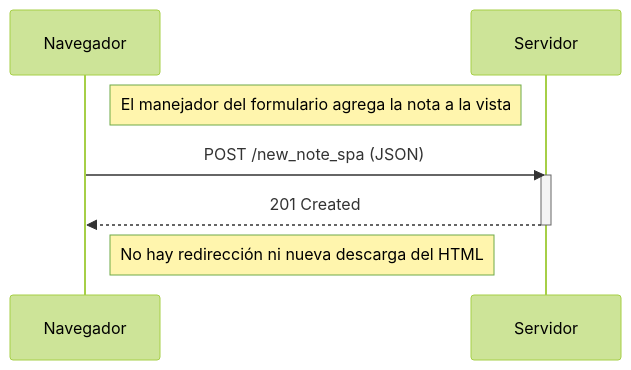
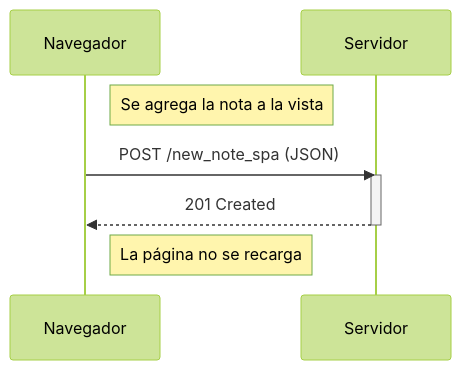
The third of 3 diagrams in part0/README.md (facchinn/full-stack-open), drawn with Mermaid (forest theme) before and after one commit. The commit also changed other lines of this file, not shown here.

````diff
--- a/part0/README.md
+++ b/part0/README.md
@@ -44,11 +58,13 @@
 ```mermaid
 sequenceDiagram
     participant browser as Navegador
     participant server as Servidor
-    Note right of browser: El manejador del formulario agrega la nota a la vista
+
+    Note right of browser: Se agrega la nota a la vista
     browser->>server: POST /new_note_spa (JSON)
     activate server
     server-->>browser: 201 Created
     deactivate server
-    Note right of browser: No hay redirección ni nueva descarga del HTML
+
+    Note right of browser: La página no se recarga
 ```
````
